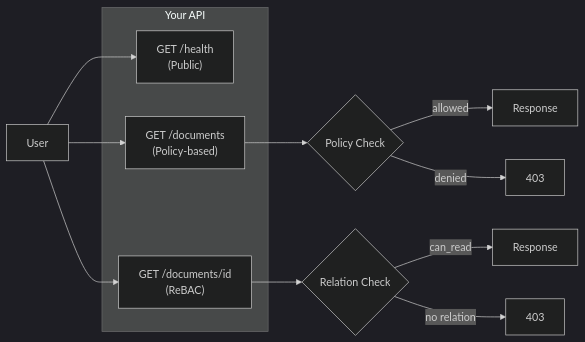
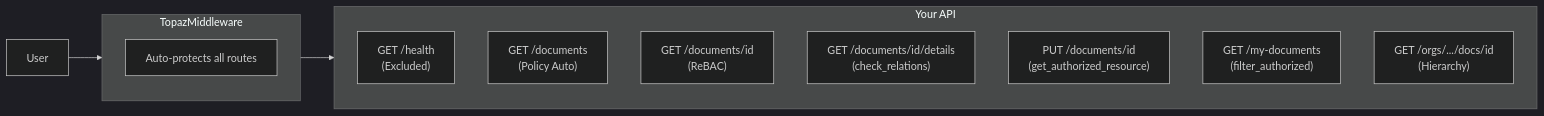
One commit to jmanteau/fastapi-topaz changed the first of 2 diagrams in docs/tutorials/getting-started.md. Above: the diagram before and after it, drawn with Mermaid (dark theme). The commit also changed other lines of this file and 51 other files, not shown here.

Commit message:
refactor: restructure library into dedicated modules (config, cache, policy), improve middleware path_params injection, rewrite docs and policies for v1.0

````diff
--- a/docs/tutorials/getting-started.md
+++ b/docs/tutorials/getting-started.md
@@ -9,20 +9,19 @@
 ```mermaid
 flowchart LR
-    subgraph api ["Your API"]
-        H["GET /health<br/>(Public)"]
-        L["GET /documents<br/>(Policy-based)"]
-        D["GET /documents/id<br/>(ReBAC)"]
+    subgraph middleware ["TopazMiddleware"]
+        direction TB
+        M["Auto-protects all routes"]
     end
 
-    U[User] --> H
-    U --> L
-    U --> D
+    subgraph api ["Your API"]
+        H["GET /health<br/>(Excluded)"]
+        L["GET /documents<br/>(Policy Auto)"]
+        D["GET /documents/id<br/>(ReBAC)"]
+        DT["GET /documents/id/details<br/>(check_relations)"]
+        U["PUT /documents/id<br/>(get_authorized_resource)"]
+        F["GET /my-documents<br/>(filter_authorized)"]
+        HR["GET /orgs/.../docs/id<br/>(Hierarchy)"]
+    end
 
-    L --> P{Policy Check}
-    P -->|allowed| R1[Response]
-    P -->|denied| F1[403]
-
-    D --> R{Relation Check}
-    R -->|can_read| R2[Response]
-    R -->|no relation| F2[403]
+    U2[User] --> middleware --> api
 ```
````
